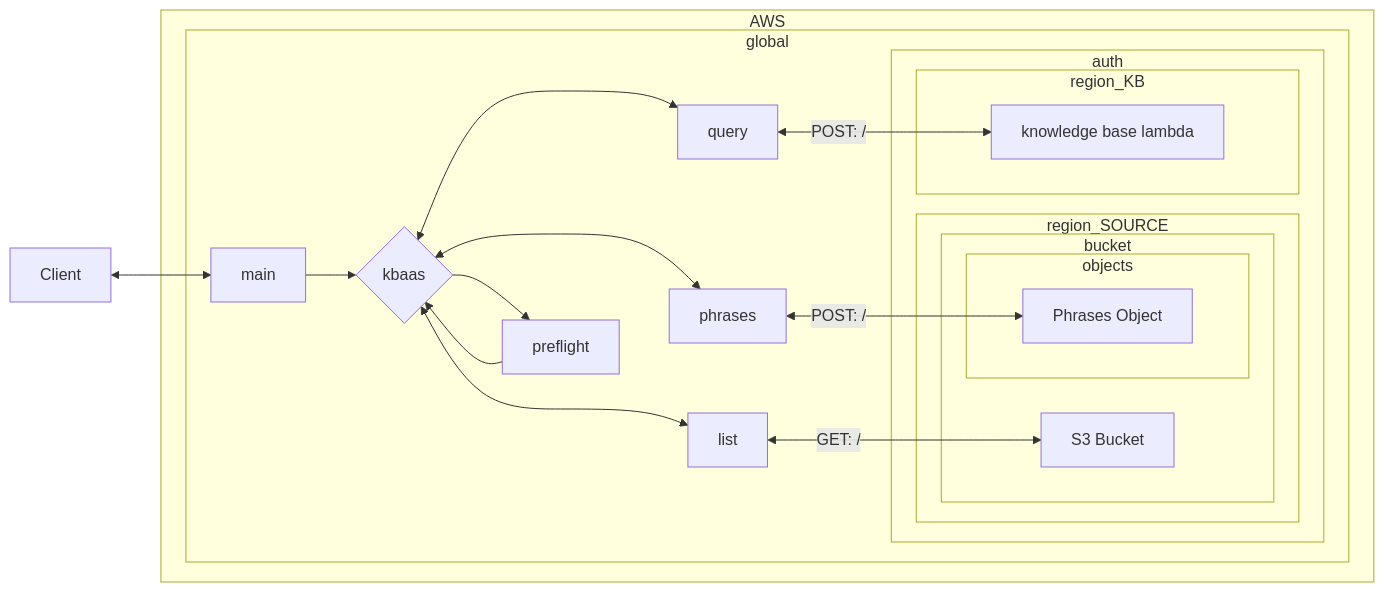
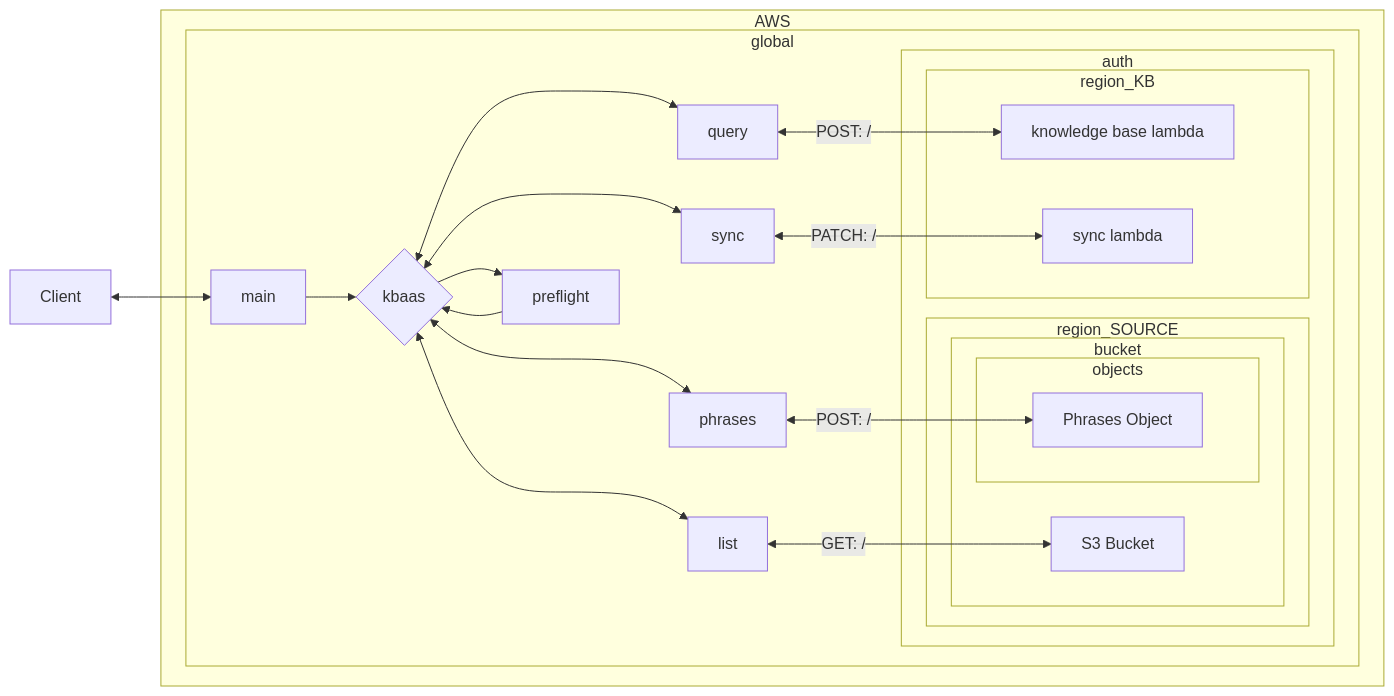
The diagram in README.md (SHerlihy/rag_store), drawn with Mermaid before and after one commit. The commit also changed 1 other file, not shown here.

Commit message:
add sync route to readme

````diff
--- a/README.md
+++ b/README.md
@@ -1,47 +1,50 @@
 ```mermaid
     flowchart LR
 
     Client <--> STAGE
     
     subgraph AWS
     subgraph global
 
         STAGE[main]
         KBAAS{kbaas}
 
         PREFLIGHT[preflight]
         
         STAGE --> KBAAS
         
         KBAAS --> PREFLIGHT
         PREFLIGHT --> KBAAS
 
-        KBAAS <--> LIST & PHRASES & QUERY
+        KBAAS <--> LIST & PHRASES & QUERY & SYNC
 
         LIST[list]
         PHRASES[phrases]
         QUERY[query]
+        SYNC[sync]
 
-        PREFLIGHT ~~~ LIST & PHRASES & QUERY 
+        PREFLIGHT ~~~ LIST & PHRASES & QUERY & SYNC
 
         LIST <-- GET: / --> BUCKET
         PHRASES <-- POST: / --> OBJECT
         QUERY <-- POST: / --> KB_LAMBDA
+        SYNC <-- PATCH: / --> SYNC_LAMBDA
 
         subgraph auth
             subgraph region_SOURCE
                 subgraph bucket
                     BUCKET[S3 Bucket]
                     subgraph objects
                         OBJECT[Phrases Object]
                     end
                 end
             end
 
             subgraph region_KB
                 KB_LAMBDA[knowledge base lambda]
+                SYNC_LAMBDA[sync lambda]
             end
         end
         end
     end
 ```
````
